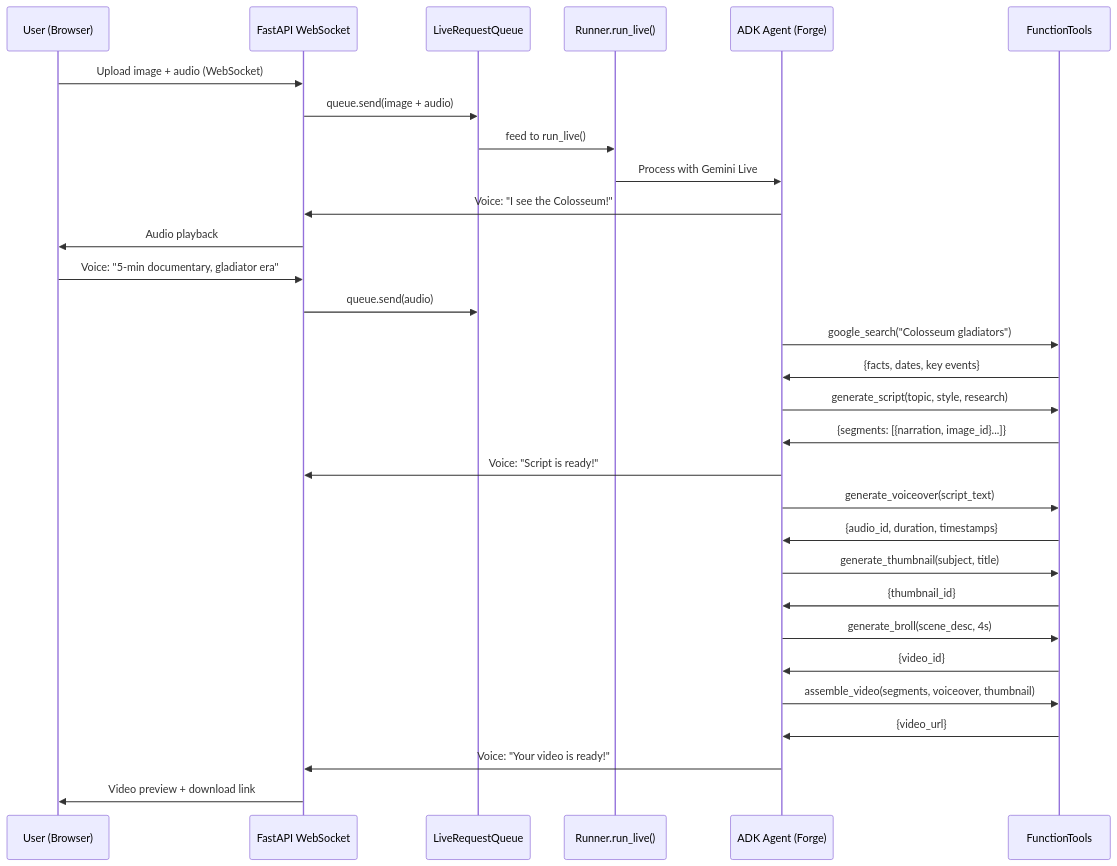
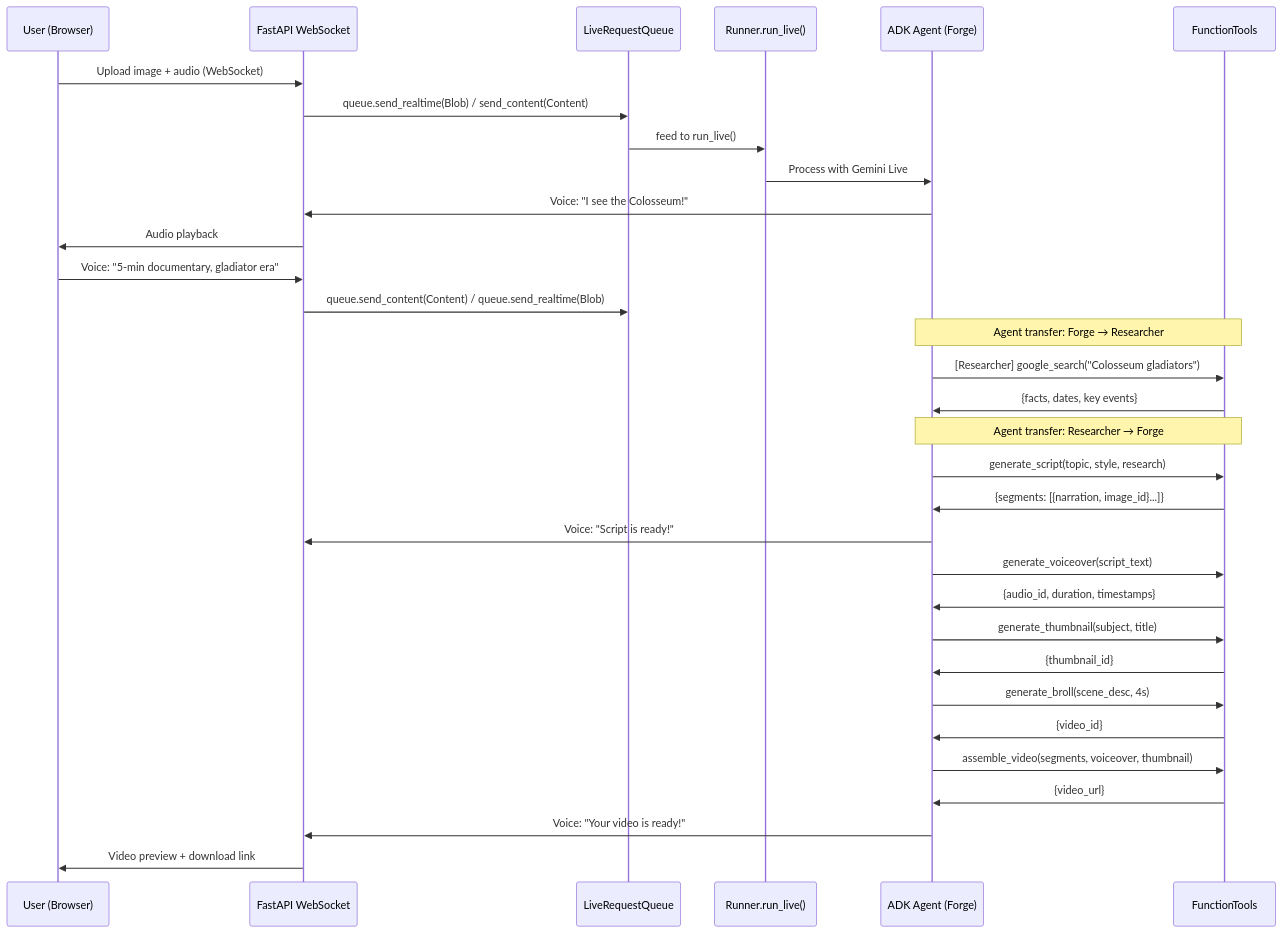
One commit to vigneshbarani24/resolve-vigil changed the second of 4 diagrams in docs/design.md. Above: the diagram before and after it, drawn with Mermaid. The commit also changed other lines of this file and 5 other files, not shown here.

````diff
--- a/docs/design.md
+++ b/docs/design.md
@@ -50,36 +59,39 @@
 ```mermaid
 sequenceDiagram
     participant U as User (Browser)
     participant WS as FastAPI WebSocket
     participant Q as LiveRequestQueue
     participant R as Runner.run_live()
     participant A as ADK Agent (Forge)
     participant T as FunctionTools
 
     U->>WS: Upload image + audio (WebSocket)
-    WS->>Q: queue.send(image + audio)
+    WS->>Q: queue.send_realtime(Blob) / send_content(Content)
     Q->>R: feed to run_live()
     R->>A: Process with Gemini Live
     A->>WS: Voice: "I see the Colosseum!"
     WS->>U: Audio playback
 
     U->>WS: Voice: "5-min documentary, gladiator era"
-    WS->>Q: queue.send(audio)
-    A->>T: google_search("Colosseum gladiators")
+    WS->>Q: queue.send_content(Content) / queue.send_realtime(Blob)
+
+    Note over A,T: Agent transfer: Forge → Researcher
+    A->>T: [Researcher] google_search("Colosseum gladiators")
     T->>A: {facts, dates, key events}
+    Note over A,T: Agent transfer: Researcher → Forge
     A->>T: generate_script(topic, style, research)
     T->>A: {segments: [{narration, image_id}...]}
     A->>WS: Voice: "Script is ready!"
 
     A->>T: generate_voiceover(script_text)
     T->>A: {audio_id, duration, timestamps}
     A->>T: generate_thumbnail(subject, title)
     T->>A: {thumbnail_id}
     A->>T: generate_broll(scene_desc, 4s)
     T->>A: {video_id}
     A->>T: assemble_video(segments, voiceover, thumbnail)
     T->>A: {video_url}
 
     A->>WS: Voice: "Your video is ready!"
     WS->>U: Video preview + download link
 ```
````
